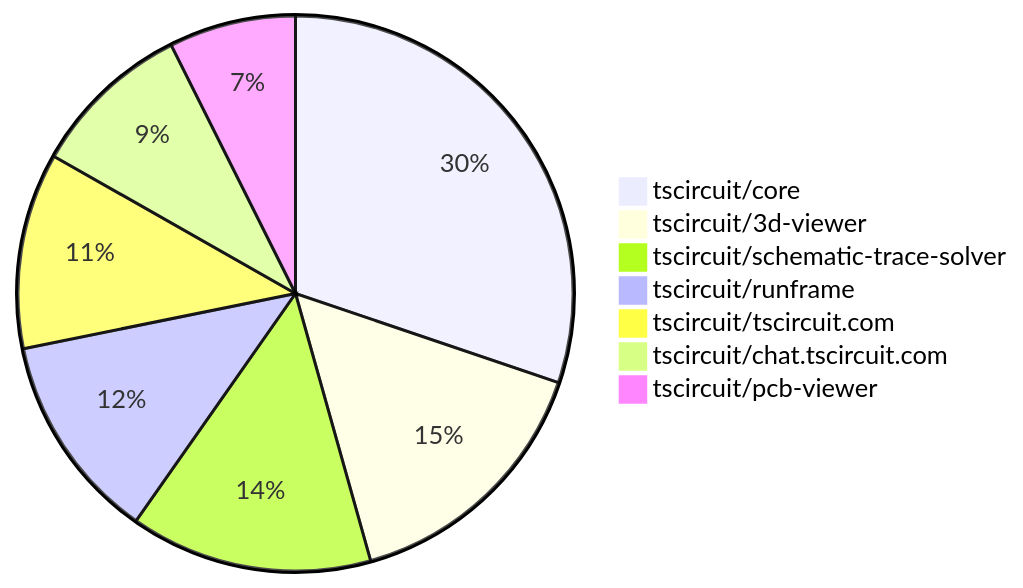
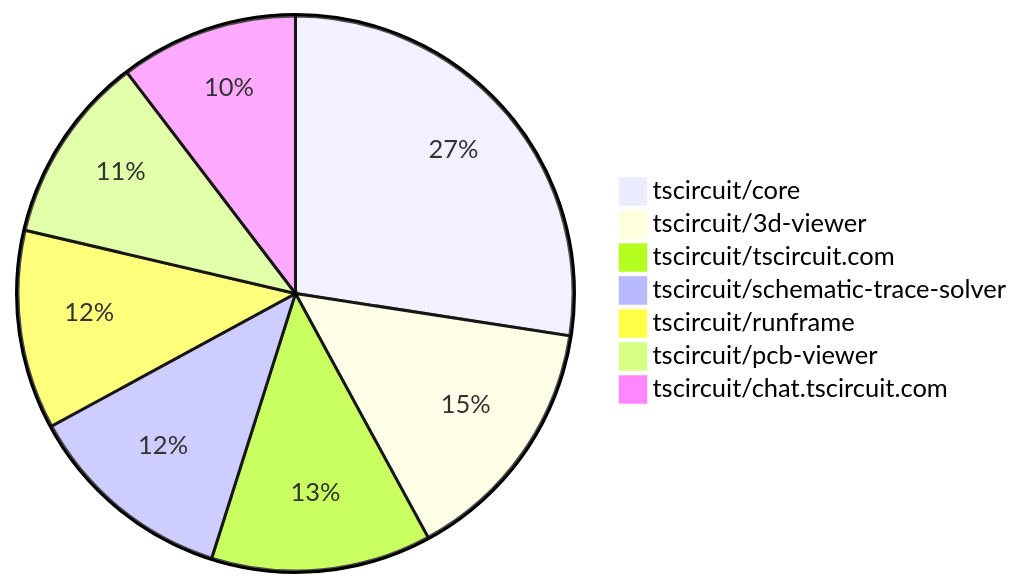
Before and after one commit to tscircuit/contribution-tracker: the second of 2 diagrams in README.md, drawn with Mermaid. The commit also changed other lines of this file and 3 other files, not shown here.

````diff
--- a/README.md
+++ b/README.md
@@ -110,10 +114,10 @@
 ```mermaid
 pie
     "tscircuit/core" : 45
-    "tscircuit/3d-viewer" : 23
-    "tscircuit/schematic-trace-solver" : 21
-    "tscircuit/runframe" : 18
-    "tscircuit/tscircuit.com" : 17
-    "tscircuit/chat.tscircuit.com" : 14
-    "tscircuit/pcb-viewer" : 11
+    "tscircuit/3d-viewer" : 24
+    "tscircuit/tscircuit.com" : 21
+    "tscircuit/schematic-trace-solver" : 20
+    "tscircuit/runframe" : 19
+    "tscircuit/pcb-viewer" : 18
+    "tscircuit/chat.tscircuit.com" : 17
 ```
````
